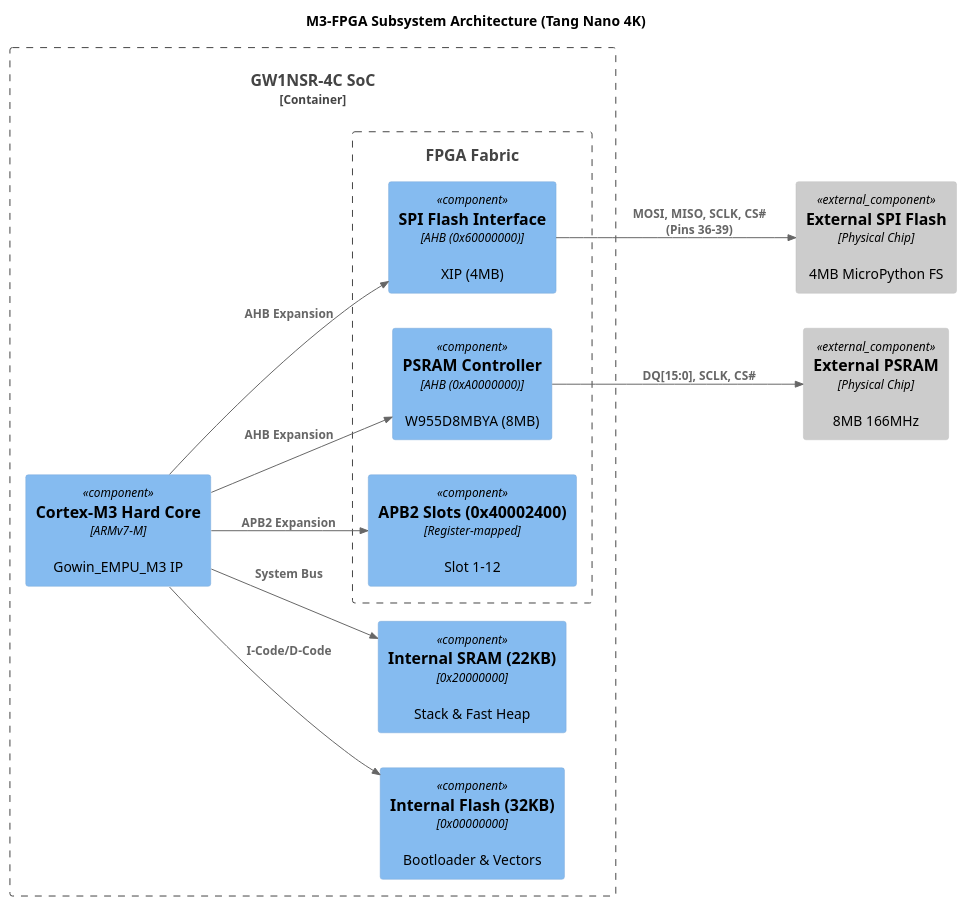
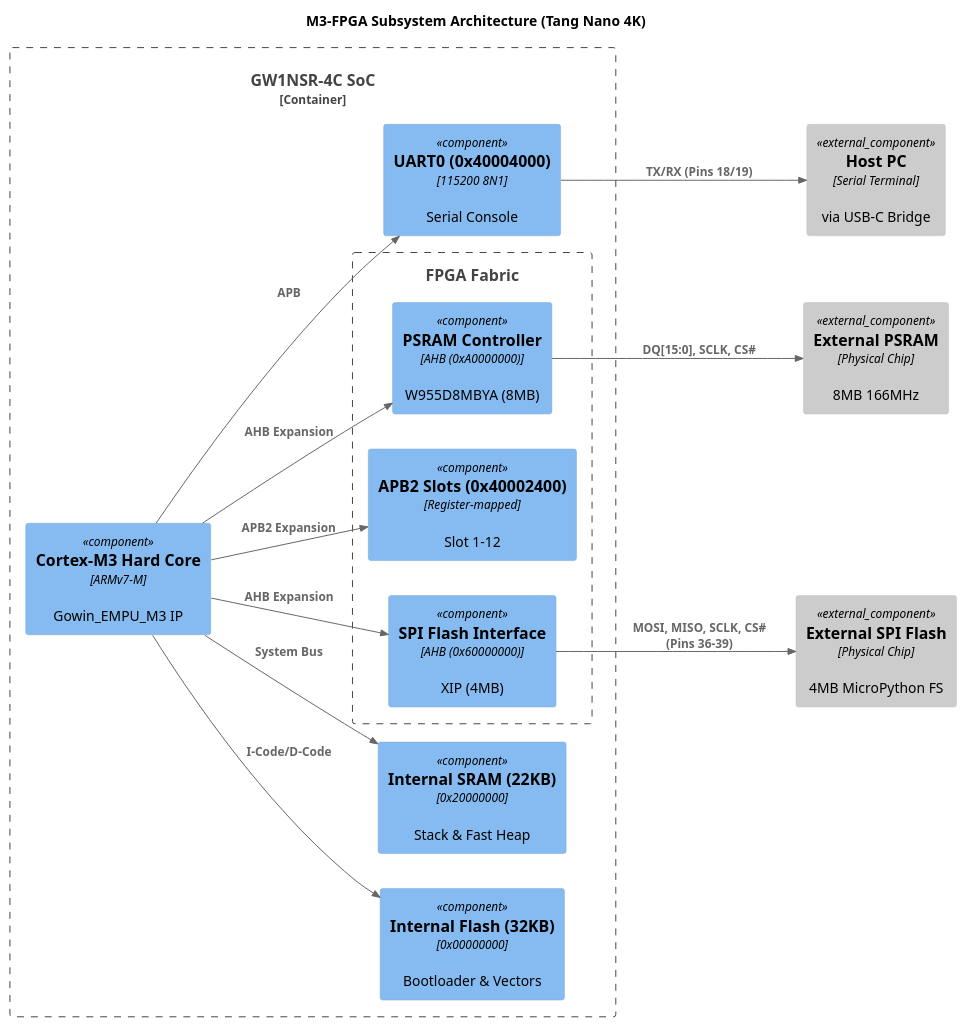
One commit to chatelao/micropython-tang-nano changed the diagram in m3_subsystem.puml. Above: the diagram before and after it, drawn with PlantUML. The commit also changed 13 other files, not shown here.

First line of the commit message:
Add UART0 to M3 baremetal subsystem diagram and documentation

```diff
--- a/m3_subsystem.puml
+++ b/m3_subsystem.puml
@@ -1,34 +1,38 @@
 @startuml m3_subsystem
 !include https://raw.githubusercontent.com/plantuml-stdlib/C4-PlantUML/master/C4_Component.puml
 
 LAYOUT_LEFT_RIGHT()
 
 title M3-FPGA Subsystem Architecture (Tang Nano 4K)
 
 Container_Boundary(soc, "GW1NSR-4C SoC") {
     Component(m3, "Cortex-M3 Hard Core", "ARMv7-M", "Gowin_EMPU_M3 IP")
 
     Boundary(fabric, "FPGA Fabric") {
         Component(apb_slots, "APB2 Slots (0x40002400)", "Register-mapped", "Slot 1-12")
         Component(psram_ctrl, "PSRAM Controller", "AHB (0xA0000000)", "W955D8MBYA (8MB)")
         Component(flash_ctrl, "SPI Flash Interface", "AHB (0x60000000)", "XIP (4MB)")
 
         Rel(m3, apb_slots, "APB2 Expansion")
         Rel(m3, psram_ctrl, "AHB Expansion")
         Rel(m3, flash_ctrl, "AHB Expansion")
     }
 
     Component(int_flash, "Internal Flash (32KB)", "0x00000000", "Bootloader & Vectors")
     Component(int_sram, "Internal SRAM (22KB)", "0x20000000", "Stack & Fast Heap")
+    Component(uart0, "UART0 (0x40004000)", "115200 8N1", "Serial Console")
 
     Rel(m3, int_flash, "I-Code/D-Code")
     Rel(m3, int_sram, "System Bus")
+    Rel(m3, uart0, "APB")
 }
 
 Component_Ext(ext_psram, "External PSRAM", "Physical Chip", "8MB 166MHz")
 Component_Ext(ext_flash, "External SPI Flash", "Physical Chip", "4MB MicroPython FS")
+Component_Ext(host_pc, "Host PC", "Serial Terminal", "via USB-C Bridge")
 
 Rel(psram_ctrl, ext_psram, "DQ[15:0], SCLK, CS#")
 Rel(flash_ctrl, ext_flash, "MOSI, MISO, SCLK, CS# (Pins 36-39)")
+Rel(uart0, host_pc, "TX/RX (Pins 18/19)")
 
 @enduml
```
